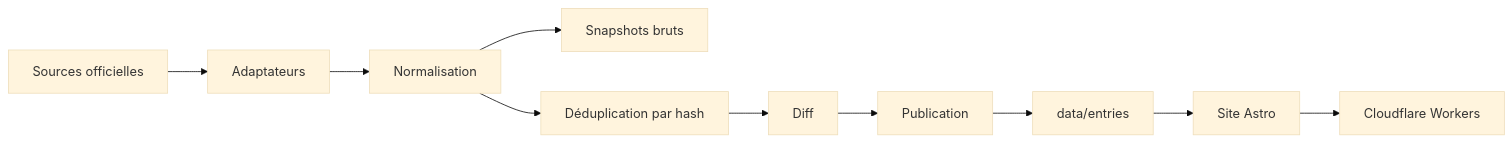
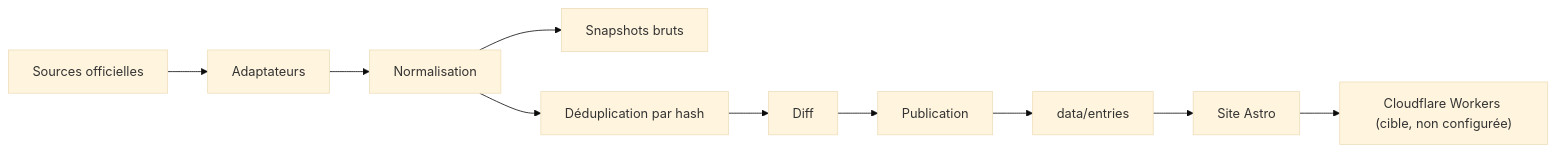
The diagram in aidd_docs/memory/architecture.md (Beccariavf/vitrine), drawn with Mermaid (base theme) before and after one commit. The commit also changed other lines of this file and 28 other files, not shown here.

````diff
--- a/aidd_docs/memory/architecture.md
+++ b/aidd_docs/memory/architecture.md
@@ -13,12 +13,12 @@
 ```mermaid
 flowchart LR
   SRC["Sources officielles"] --> A["Adaptateurs"]
   A --> N["Normalisation"]
   N --> R["Snapshots bruts"]
   N --> U["Déduplication par hash"]
   U --> F["Diff"]
   F --> P["Publication"]
   P --> E["data/entries"]
   E --> S["Site Astro"]
-  S --> W["Cloudflare Workers"]
+  S --> W["Cloudflare Workers (cible, non configurée)"]
 ```
````
